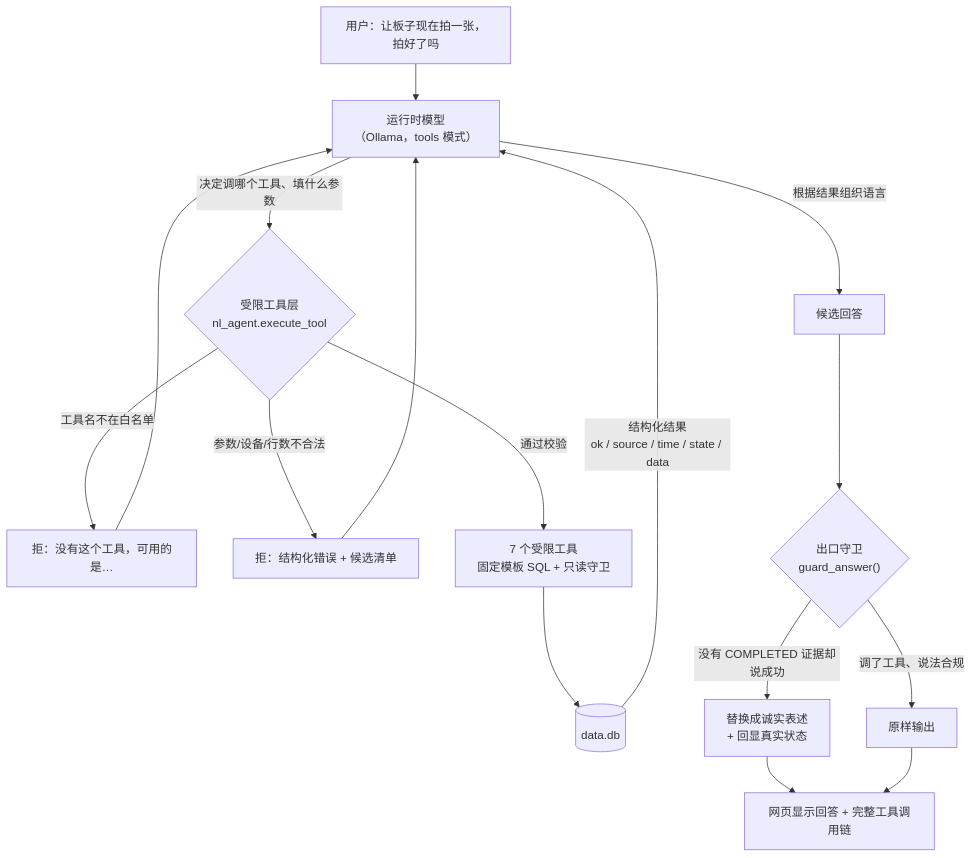
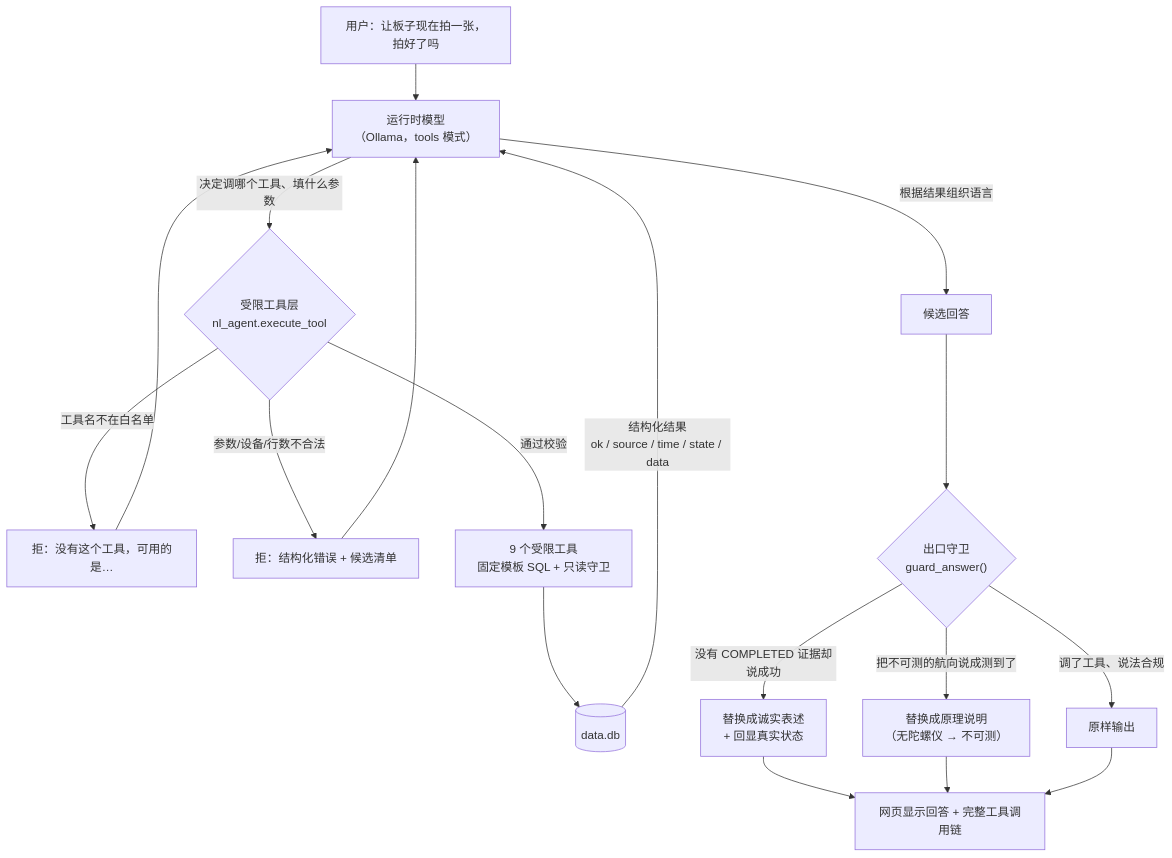
One commit to hongls68/zuoye changed the diagram in ai_week/第四周-用自然语言查询与请求采集.md. Above: the diagram before and after it, drawn with Mermaid. The commit also changed other lines of this file and 9 other files, not shown here.

````diff
--- a/ai_week/第四周-用自然语言查询与请求采集.md
+++ b/ai_week/第四周-用自然语言查询与请求采集.md
@@ -56,18 +56,20 @@
 ```mermaid
 flowchart TD
     U["用户：让板子现在拍一张，拍好了吗"] --> M["运行时模型<br/>（Ollama，tools 模式）"]
     M -->|"决定调哪个工具、填什么参数"| G{"受限工具层<br/>nl_agent.execute_tool"}
     G -->|"工具名不在白名单"| R0["拒：没有这个工具，可用的是…"]
     G -->|"参数/设备/行数不合法"| R1["拒：结构化错误 + 候选清单"]
-    G -->|"通过校验"| T["7 个受限工具<br/>固定模板 SQL + 只读守卫"]
+    G -->|"通过校验"| T["9 个受限工具<br/>固定模板 SQL + 只读守卫"]
     T --> DB[("data.db")]
     DB -->|"结构化结果<br/>ok / source / time / state / data"| M
     R0 --> M
     R1 --> M
     M -->|"根据结果组织语言"| A["候选回答"]
     A --> GUARD{"出口守卫<br/>guard_answer()"}
     GUARD -->|"没有 COMPLETED 证据却说成功"| FIX["替换成诚实表述<br/>+ 回显真实状态"]
+    GUARD -->|"把不可测的航向说成测到了"| FIX2["替换成原理说明<br/>（无陀螺仪 → 不可测）"]
     GUARD -->|"调了工具、说法合规"| PASS["原样输出"]
     FIX --> OUT["网页显示回答 + 完整工具调用链"]
+    FIX2 --> OUT
     PASS --> OUT
 ```
````
